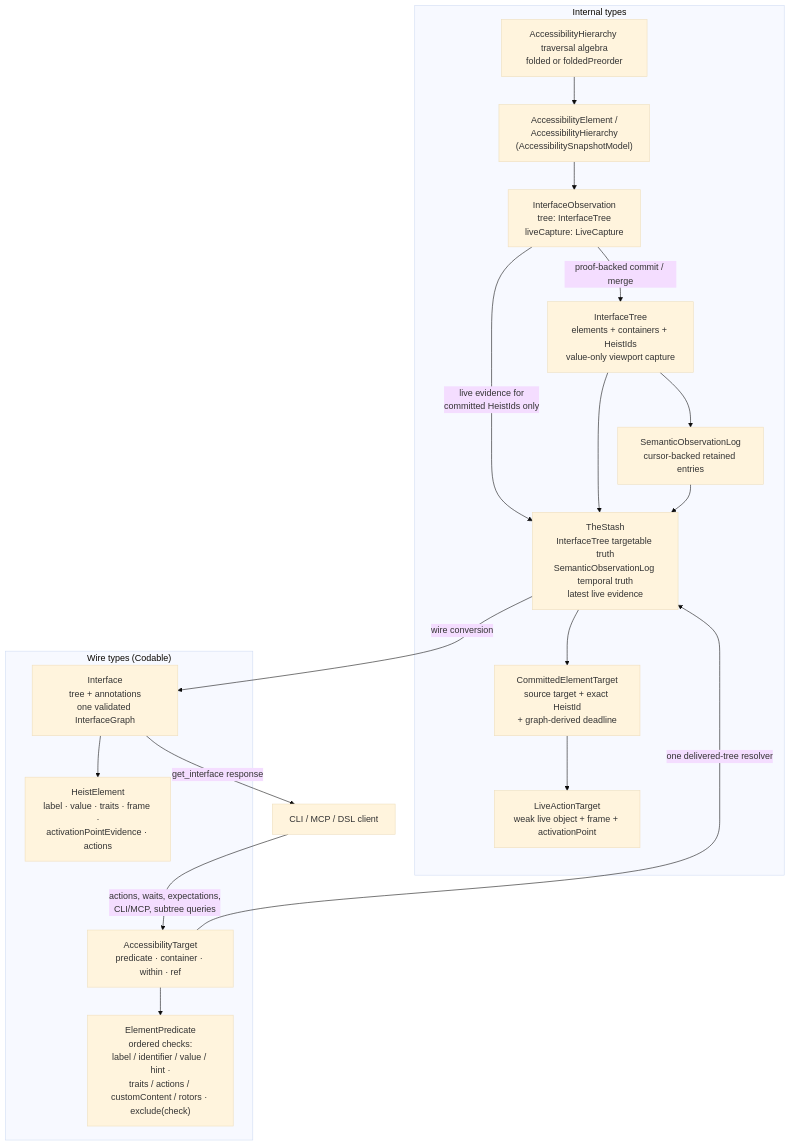
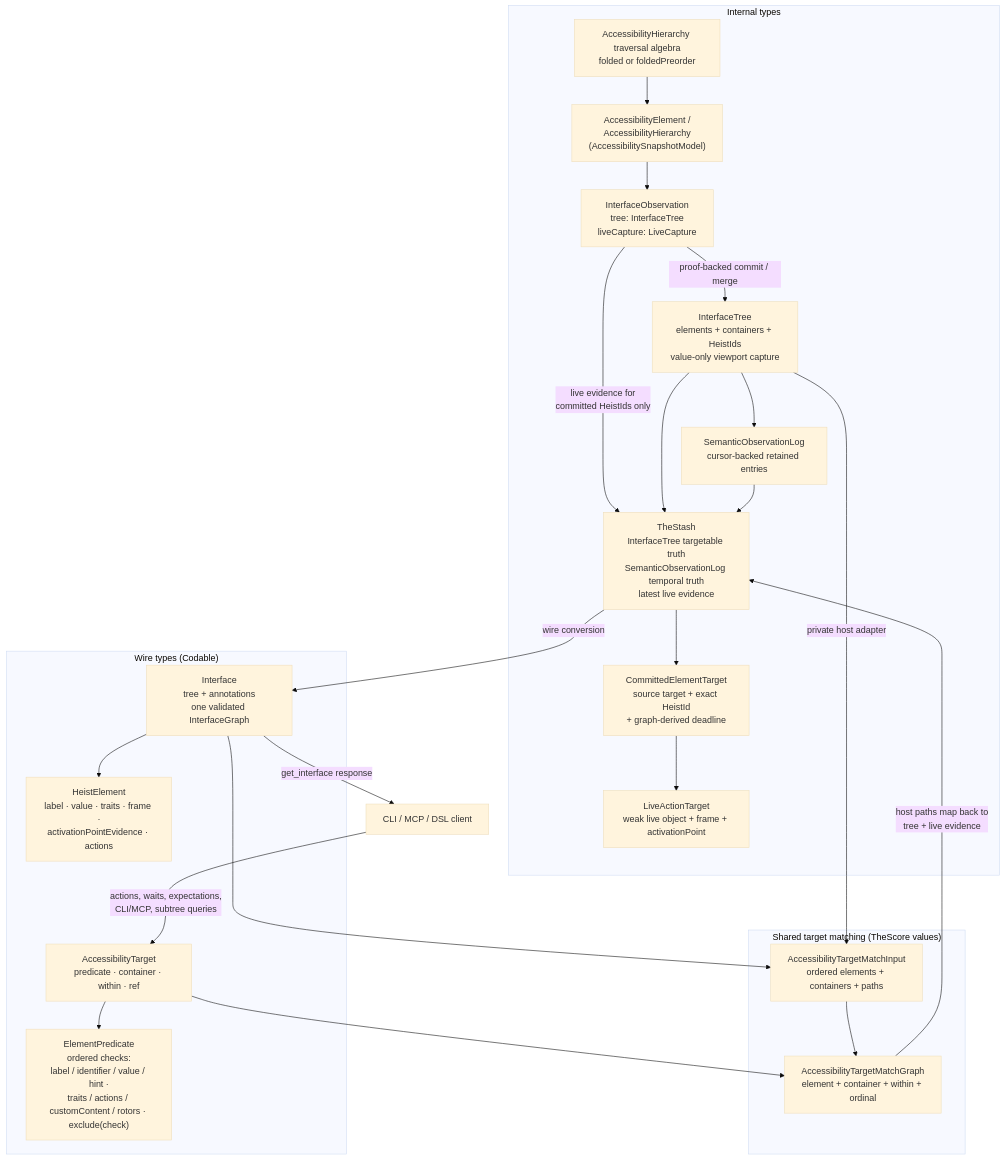
Before and after one commit to RoyalPineapple/TheButtonHeist: the diagram in docs/diagrams/currency-types.md, drawn with Mermaid (base theme). The commit also changed other lines of this file and 129 other files, not shown here.

````diff
--- a/docs/diagrams/currency-types.md
+++ b/docs/diagrams/currency-types.md
@@ -8,39 +8,48 @@
 ```mermaid
 flowchart TD
     subgraph internal["Internal types"]
         WALK["AccessibilityHierarchy traversal algebra<br/>folded or foldedPreorder"]
         AXE["AccessibilityElement /<br/>AccessibilityHierarchy<br/>(AccessibilitySnapshotModel)"]
         OBS["InterfaceObservation<br/>tree: InterfaceTree<br/>liveCapture: LiveCapture"]
         TREE["InterfaceTree<br/>elements + containers + HeistIds<br/>value-only viewport capture"]
         LOG["SemanticObservationLog<br/>cursor-backed retained entries"]
         STASH["TheStash<br/>InterfaceTree targetable truth<br/>SemanticObservationLog temporal truth<br/>latest live evidence"]
         PIN["CommittedElementTarget<br/>source target + exact HeistId<br/>+ graph-derived deadline"]
         LIVET["LiveActionTarget<br/>weak live object + frame + activationPoint"]
         WALK --> AXE
         AXE --> OBS
         OBS -- "proof-backed commit / merge" --> TREE
         OBS -- "live evidence for<br/>committed HeistIds only" --> STASH
         TREE --> STASH
         TREE --> LOG
         LOG --> STASH
         STASH --> PIN
         PIN --> LIVET
     end
 
     subgraph wireTypes["Wire types (Codable)"]
         IFACE["Interface<br/>tree + annotations<br/>one validated InterfaceGraph"]
         HE["HeistElement<br/>label · value · traits · frame ·<br/>activationPointEvidence · actions"]
         ET["AccessibilityTarget<br/>predicate · container · within · ref"]
         EP["ElementPredicate<br/>ordered checks:<br/>label / identifier / value / hint ·<br/>traits / actions / customContent / rotors · exclude(check)"]
         IFACE --> HE
         HE ~~~ ET
         ET --> EP
     end
 
+    subgraph matching["Shared target matching (TheScore values)"]
+        INPUT["AccessibilityTargetMatchInput<br/>ordered elements + containers + paths"]
+        MATCH["AccessibilityTargetMatchGraph<br/>element + container + within + ordinal"]
+        INPUT --> MATCH
+    end
+
     CLIENT["CLI / MCP / DSL client"]
 
     STASH -- "wire conversion" --> IFACE
     IFACE -- "get_interface response" --> CLIENT
     CLIENT -- "actions, waits, expectations,<br/>CLI/MCP, subtree queries" --> ET
-    ET -- "one delivered-tree resolver" --> STASH
+    IFACE --> INPUT
+    TREE -- "private host adapter" --> INPUT
+    ET --> MATCH
+    MATCH -- "host paths map back to<br/>tree + live evidence" --> STASH
 ```
````
